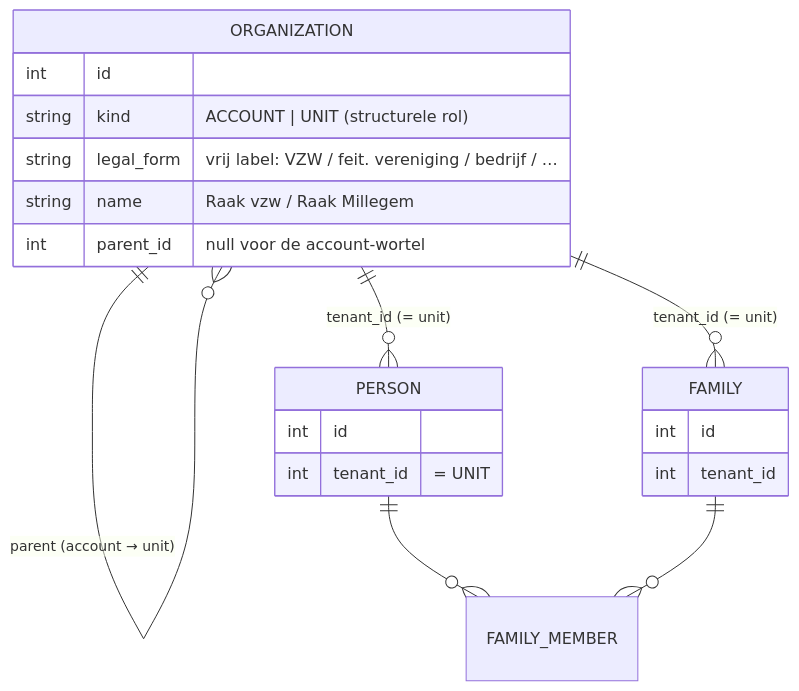
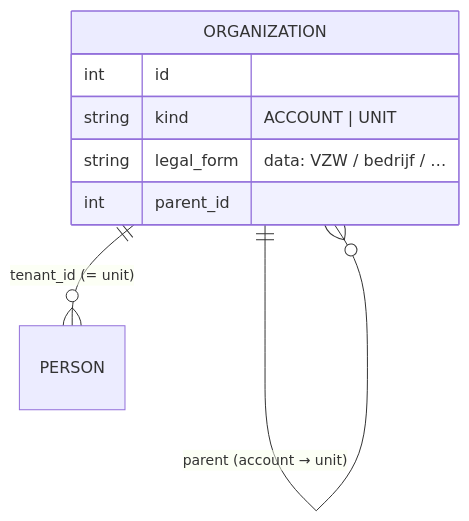
One commit to KoenRenders/KoenTest changed the second of 4 diagrams in docs/intermediate-architecture-upgrade-v1.md. Above: the diagram before and after it, drawn with Mermaid. The commit also changed other lines of this file, not shown here.

First line of the commit message:
docs: architecture v1 — compacter (less is more)

````diff
--- a/docs/intermediate-architecture-upgrade-v1.md
+++ b/docs/intermediate-architecture-upgrade-v1.md
@@ -346,23 +163,11 @@
 ```mermaid
 erDiagram
   ORGANIZATION ||--o{ ORGANIZATION : "parent (account → unit)"
+  ORGANIZATION ||--o{ PERSON : "tenant_id (= unit)"
   ORGANIZATION {
     int id
-    string kind "ACCOUNT | UNIT (structurele rol)"
-    string legal_form "vrij label: VZW / feit. vereniging / bedrijf / …"
-    string name "Raak vzw / Raak Millegem"
-    int parent_id "null voor de account-wortel"
-  }
-  ORGANIZATION ||--o{ PERSON : "tenant_id (= unit)"
-  ORGANIZATION ||--o{ FAMILY : "tenant_id (= unit)"
-  PERSON ||--o{ FAMILY_MEMBER : ""
-  FAMILY ||--o{ FAMILY_MEMBER : ""
-  PERSON {
-    int id
-    int tenant_id "= UNIT"
-  }
-  FAMILY {
-    int id
-    int tenant_id
+    string kind "ACCOUNT | UNIT"
+    string legal_form "data: VZW / bedrijf / …"
+    int parent_id
   }
 ```
````
